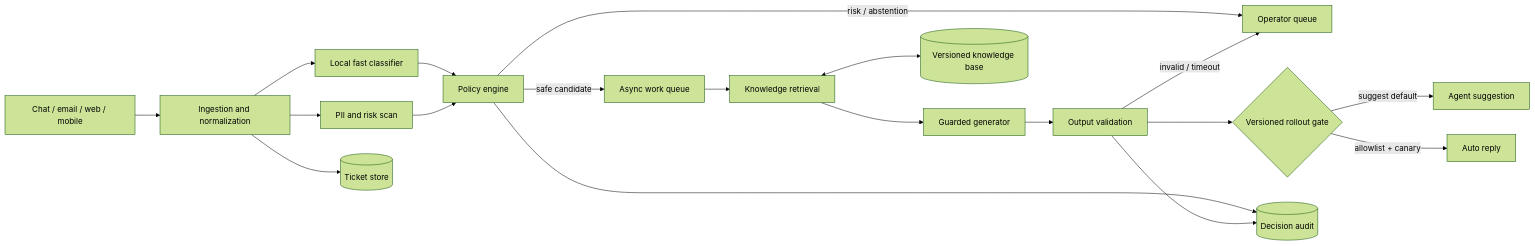
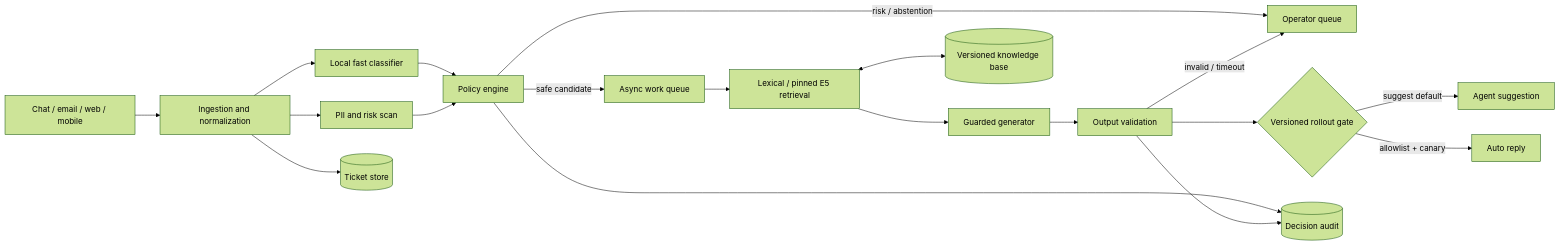
One commit to mtKepochka/ITMO_TASK2 changed the diagram in docs/architecture.md. Above: the diagram before and after it, drawn with Mermaid (forest theme). The commit also changed other lines of this file and 28 other files, not shown here.

````diff
--- a/docs/architecture.md
+++ b/docs/architecture.md
@@ -12,21 +13,21 @@
 ```mermaid
 flowchart LR
     C[Chat / email / web / mobile] --> I[Ingestion and normalization]
     I --> M[Local fast classifier]
     I --> R[PII and risk scan]
     M --> P[Policy engine]
     R --> P
     P -->|risk / abstention| O[Operator queue]
     P -->|safe candidate| Q[Async work queue]
-    Q --> K[Knowledge retrieval]
+    Q --> K[Lexical / pinned E5 retrieval]
     K --> G[Guarded generator]
     G --> V[Output validation]
     V --> RG{Versioned rollout gate}
     RG -->|suggest default| S[Agent suggestion]
     RG -->|allowlist + canary| A[Auto reply]
     V -->|invalid / timeout| O
     K <--> KB[(Versioned knowledge base)]
     I --> D[(Ticket store)]
     P --> U[(Decision audit)]
     V --> U
 ```
````
